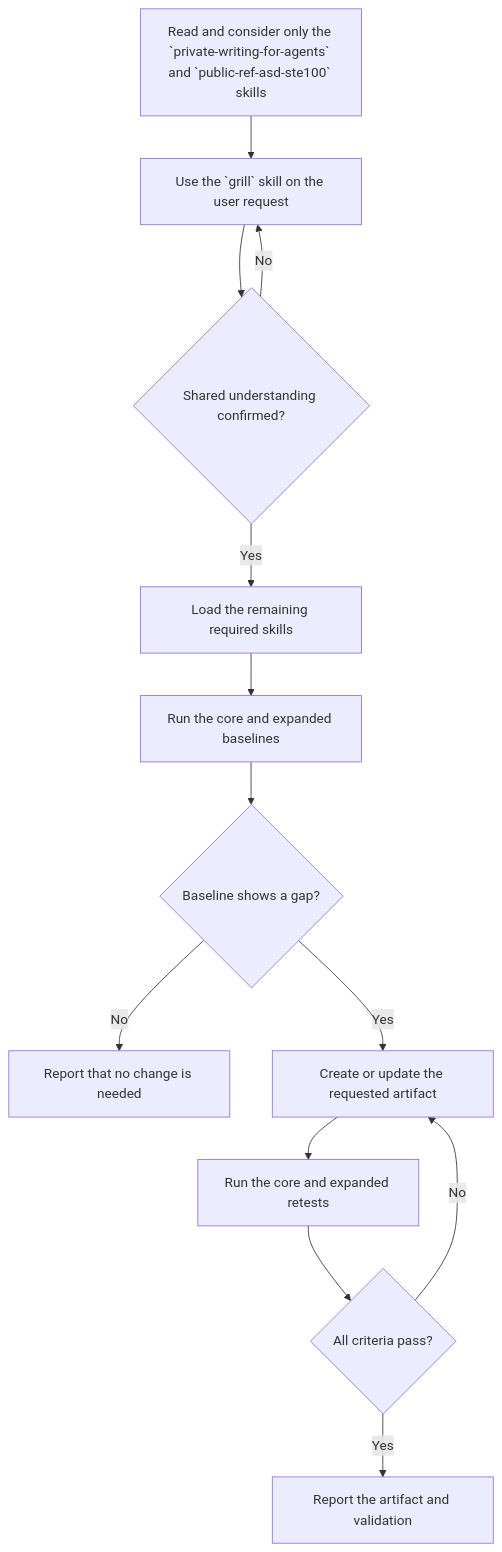
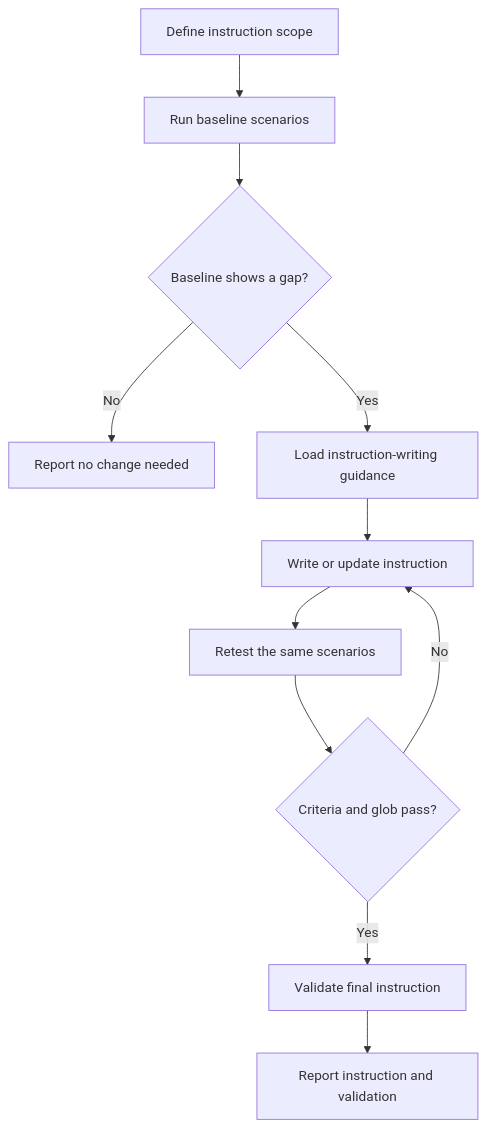
Before and after one commit to UseTheFork/spindle: the diagram in .github/skills/author-instruction/SKILL.md, drawn with Mermaid. The commit also changed other lines of this file and 21 other files, not shown here.

````diff
--- a/.github/skills/author-instruction/SKILL.md
+++ b/.github/skills/author-instruction/SKILL.md
@@ -16,16 +26,13 @@
 ```mermaid
 flowchart TD
-    A["Read and consider only the `private-writing-for-agents` and `public-ref-asd-ste100` skills"]
-    A --> B["Use the `grill` skill on the user request"]
-    B --> C{"Shared understanding confirmed?"}
-    C -- "No" --> B
-    C -- "Yes" --> D["Load the remaining required skills"]
-    D --> E["Run the core and expanded baselines"]
-    E --> F{"Baseline shows a gap?"}
-    F -- "No" --> J["Report that no change is needed"]
-    F -- "Yes" --> G["Create or update the requested artifact"]
-    G --> H["Run the core and expanded retests"]
-    H --> I{"All criteria pass?"}
-    I -- "No" --> G
-    I -- "Yes" --> K["Report the artifact and validation"]
+    A[Define instruction scope] --> B[Run baseline scenarios]
+    B --> C{Baseline shows a gap?}
+    C -- No --> H[Report no change needed]
+    C -- Yes --> D[Load instruction-writing guidance]
+    D --> E[Write or update instruction]
+    E --> F[Retest the same scenarios]
+    F --> G{Criteria and glob pass?}
+    G -- No --> E
+    G -- Yes --> I[Validate final instruction]
+    I --> J[Report instruction and validation]
 ```
````
